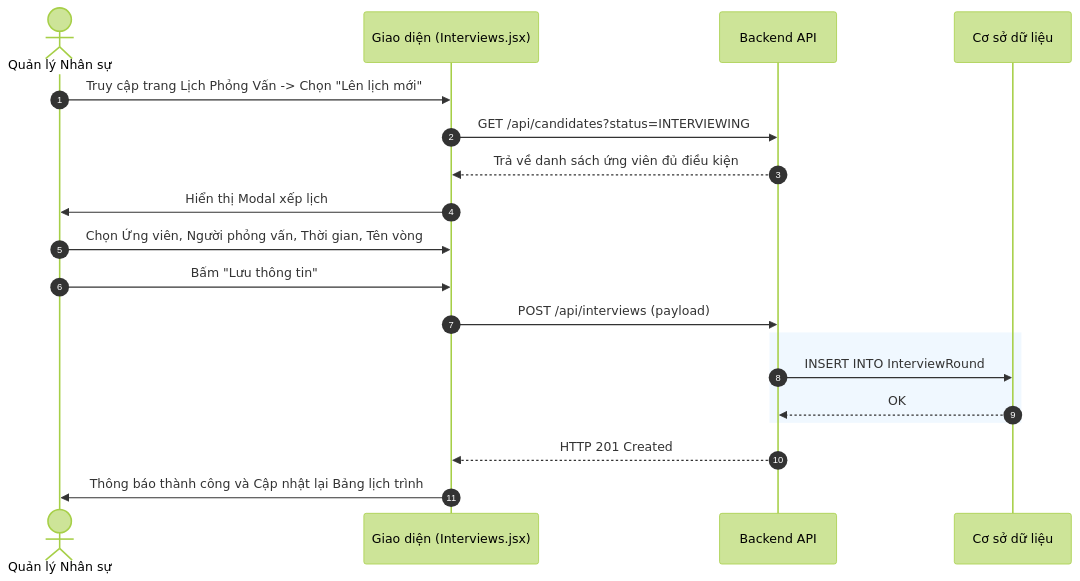
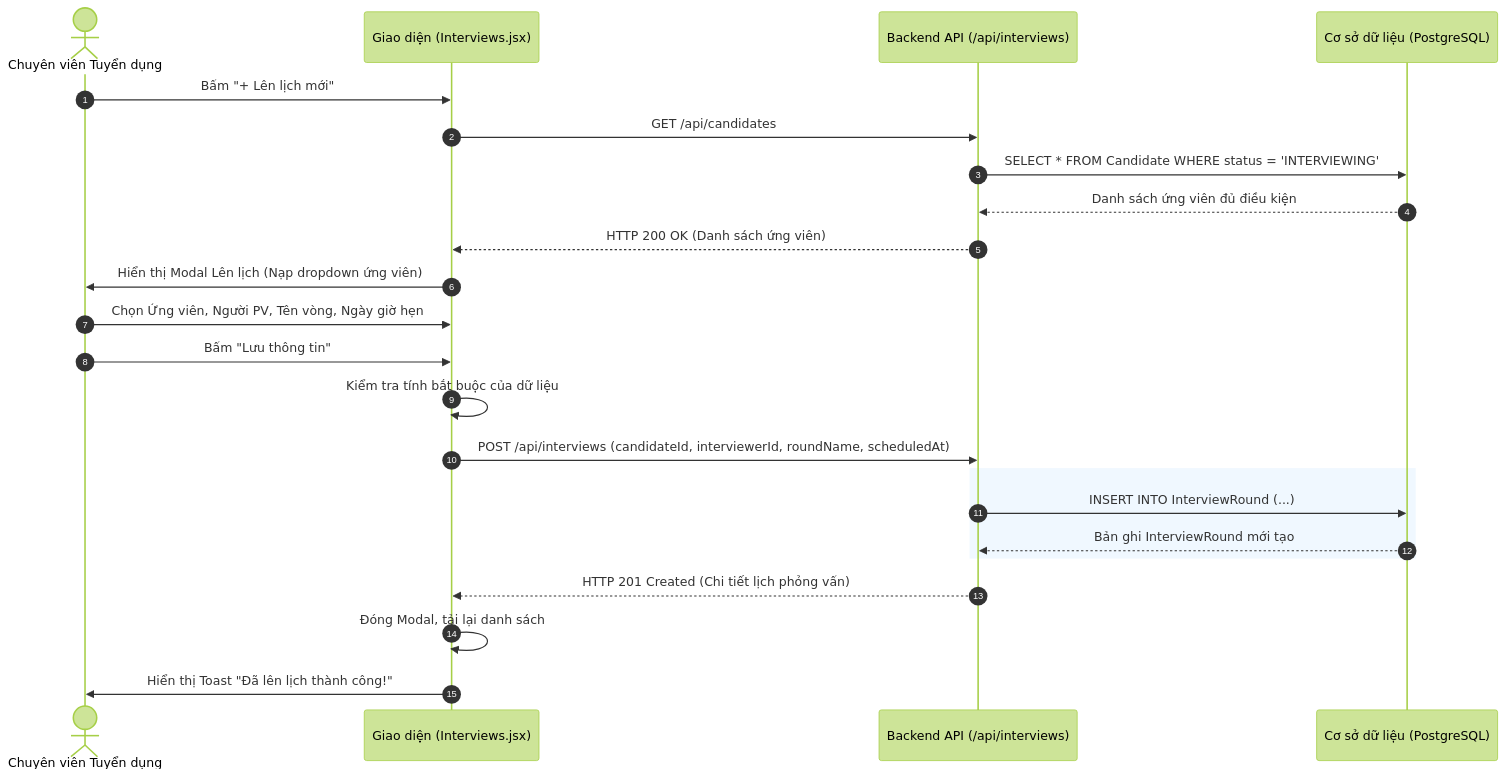
Before and after one commit to aye2710/HRM-DATN: the sixth of 7 diagrams in docs/Tài liệu phân tích nghiệp vụ từng module/Module Tuyển dụng/Chuc-nang-Phong-van.md, drawn with Mermaid (forest theme). The commit also changed other lines of this file and 27 other files, not shown here.

````diff
--- a/docs/Tài liệu phân tích nghiệp vụ từng module/Module Tuyển dụng/Chuc-nang-Phong-van.md
+++ b/docs/Tài liệu phân tích nghiệp vụ từng module/Module Tuyển dụng/Chuc-nang-Phong-van.md
@@ -16,26 +233,30 @@
 ```mermaid
 sequenceDiagram
     autonumber
-    actor HR as Quản lý Nhân sự
+    actor HR as Chuyên viên Tuyển dụng
     participant FE as Giao diện (Interviews.jsx)
-    participant BE as Backend API
-    participant DB as Cơ sở dữ liệu
+    participant BE as Backend API (/api/interviews)
+    participant DB as Cơ sở dữ liệu (PostgreSQL)
 
-    HR->>FE: Truy cập trang Lịch Phỏng Vấn -> Chọn "Lên lịch mới"
-    FE->>BE: GET /api/candidates?status=INTERVIEWING
-    BE-->>FE: Trả về danh sách ứng viên đủ điều kiện
+    HR->>FE: Bấm "+ Lên lịch mới"
+    FE->>BE: GET /api/candidates
+    BE->>DB: SELECT * FROM Candidate WHERE status = 'INTERVIEWING'
+    DB-->>BE: Danh sách ứng viên đủ điều kiện
+    BE-->>FE: HTTP 200 OK (Danh sách ứng viên)
     
-    FE->>HR: Hiển thị Modal xếp lịch
-    HR->>FE: Chọn Ứng viên, Người phỏng vấn, Thời gian, Tên vòng
+    FE->>HR: Hiển thị Modal Lên lịch (Nạp dropdown ứng viên)
+    HR->>FE: Chọn Ứng viên, Người PV, Tên vòng, Ngày giờ hẹn
     HR->>FE: Bấm "Lưu thông tin"
     
-    FE->>BE: POST /api/interviews (payload)
+    FE->>FE: Kiểm tra tính bắt buộc của dữ liệu
+    FE->>BE: POST /api/interviews (candidateId, interviewerId, roundName, scheduledAt)
     
     rect rgb(240, 248, 255)
-        BE->>DB: INSERT INTO InterviewRound
-        DB-->>BE: OK
+        BE->>DB: INSERT INTO InterviewRound (...)
+        DB-->>BE: Bản ghi InterviewRound mới tạo
     end
     
-    BE-->>FE: HTTP 201 Created
-    FE->>HR: Thông báo thành công và Cập nhật lại Bảng lịch trình
+    BE-->>FE: HTTP 201 Created (Chi tiết lịch phỏng vấn)
+    FE->>FE: Đóng Modal, tải lại danh sách
+    FE->>HR: Hiển thị Toast "Đã lên lịch thành công!"
 ```
````
